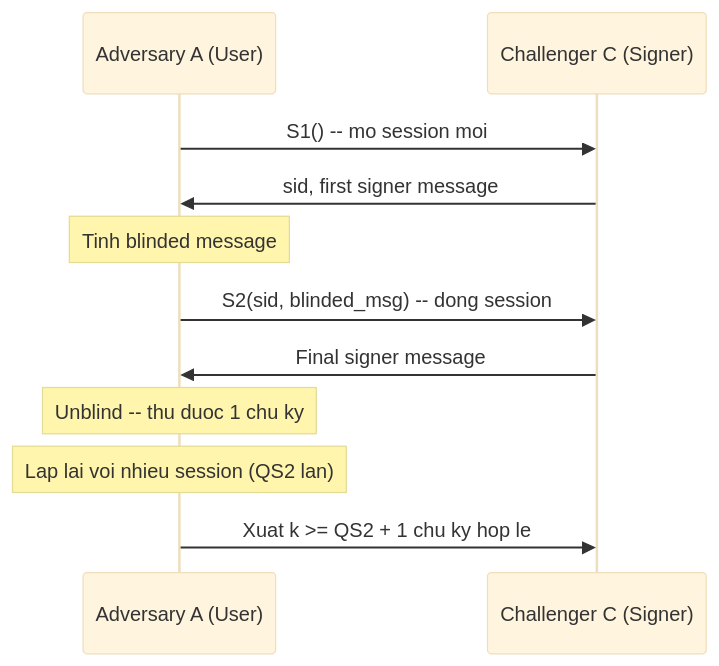
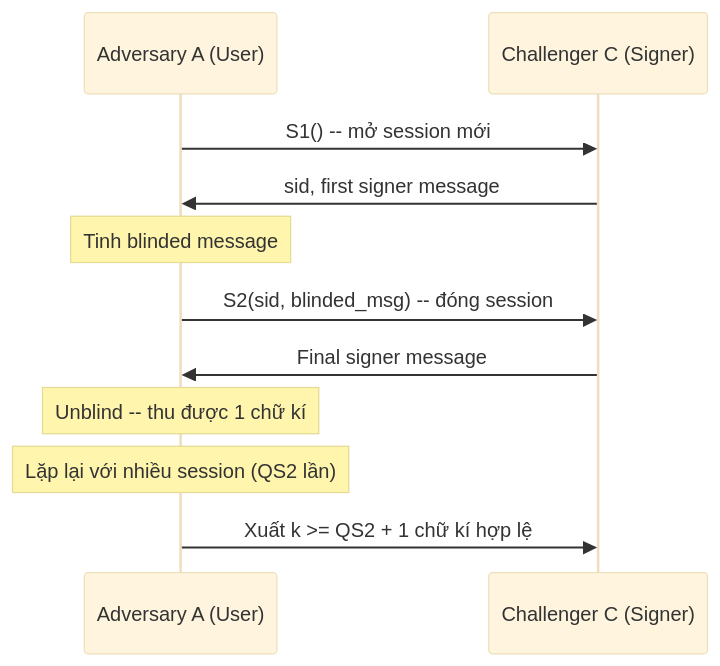
One commit to nhatminh65537/kitsu-quartz changed the second of 2 diagrams in content/reference/crypto/blind-signatures/01-blind-signature-definition-security-models.md. Above: the diagram before and after it, drawn with Mermaid (base theme). The commit also changed other lines of this file and 107 other files, not shown here.

````diff
--- a/content/reference/crypto/blind-signatures/01-blind-signature-definition-security-models.md
+++ b/content/reference/crypto/blind-signatures/01-blind-signature-definition-security-models.md
@@ -145,13 +145,13 @@
 ```mermaid
 sequenceDiagram
     participant A as Adversary A (User)
     participant C as Challenger C (Signer)
-    A->>C: S1() -- mo session moi
+    A->>C: S1() -- mở session mới
     C->>A: sid, first signer message
     Note over A: Tinh blinded message
-    A->>C: S2(sid, blinded_msg) -- dong session
+    A->>C: S2(sid, blinded_msg) -- đóng session
     C->>A: Final signer message
-    Note over A: Unblind -- thu duoc 1 chu ky
-    Note over A: Lap lai voi nhieu session (QS2 lan)
-    A->>C: Xuat k >= QS2 + 1 chu ky hop le
+    Note over A: Unblind -- thu được 1 chữ kí
+    Note over A: Lặp lại với nhiều session (QS2 lần)
+    A->>C: Xuất k >= QS2 + 1 chữ kí hợp lệ
 ```
````
